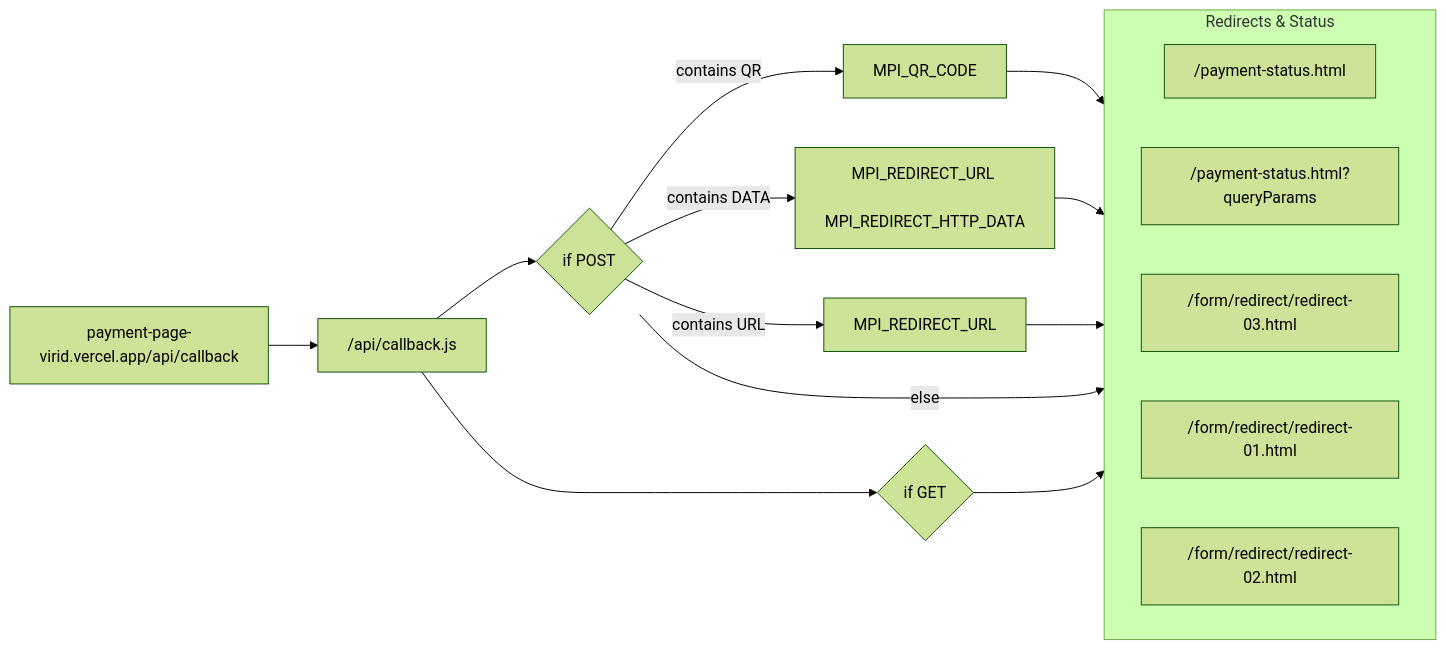
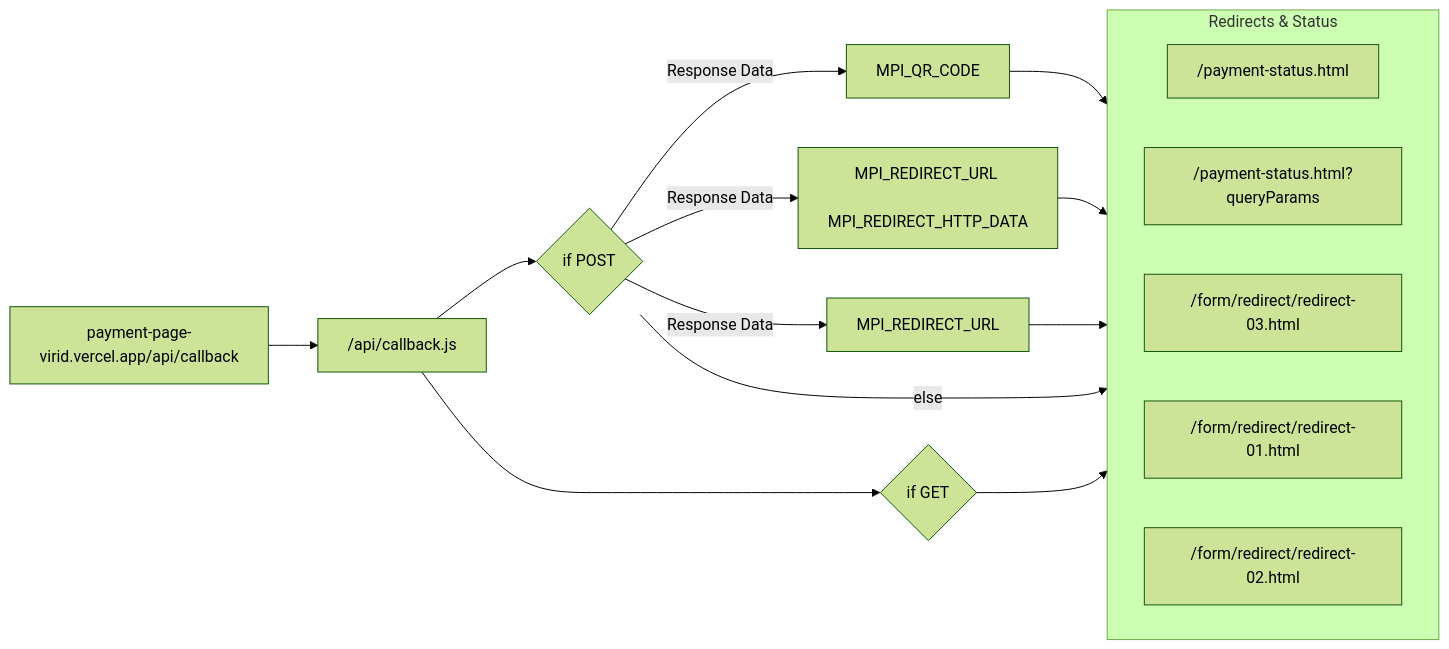
One commit to systemspcpyd/payment-page changed the second of 2 diagrams in README.md. Above: the diagram before and after it, drawn with Mermaid (forest theme).

````diff
--- a/README.md
+++ b/README.md
@@ -42,32 +42,32 @@
 ```mermaid
 graph LR
     Callback["payment-page-virid.vercel.app/api/callback"] --> API_JS["/api/callback.js"]
     
     API_JS --> IfPOST{"if POST"}
     API_JS --> IfGET{"if GET"}
     
     %% Branching logic
-    IfPOST -- "contains QR" --> QR["MPI_QR_CODE"]
-    IfPOST -- "contains DATA" --> DATA["MPI_REDIRECT_URL <br/> MPI_REDIRECT_HTTP_DATA"]
-    IfPOST -- "contains URL" --> URL_ONLY["MPI_REDIRECT_URL"]
+    IfPOST -- "Response Data" --> QR["MPI_QR_CODE"]
+    IfPOST -- "Response Data" --> DATA["MPI_REDIRECT_URL <br/> MPI_REDIRECT_HTTP_DATA"]
+    IfPOST -- "Response Data" --> URL_ONLY["MPI_REDIRECT_URL"]
     IfPOST -- "else" --> StatusPOST["/payment-status.html"]
     
     IfGET --> StatusGet["/payment-status.html?queryParams"]
     
     %% Subgraph to force horizontal alignment of all end-nodes
     subgraph Final_Destinations [Redirects & Status]
         direction LR
         R3["/form/redirect/redirect-03.html"]
         R1["/form/redirect/redirect-01.html"]
         R2["/form/redirect/redirect-02.html"]
         StatusPOST
         StatusGet
     end
     
     %% Connections to the aligned subgraph
     QR --> R3
     DATA --> R1
     URL_ONLY --> R2
 
 
 ```
````
